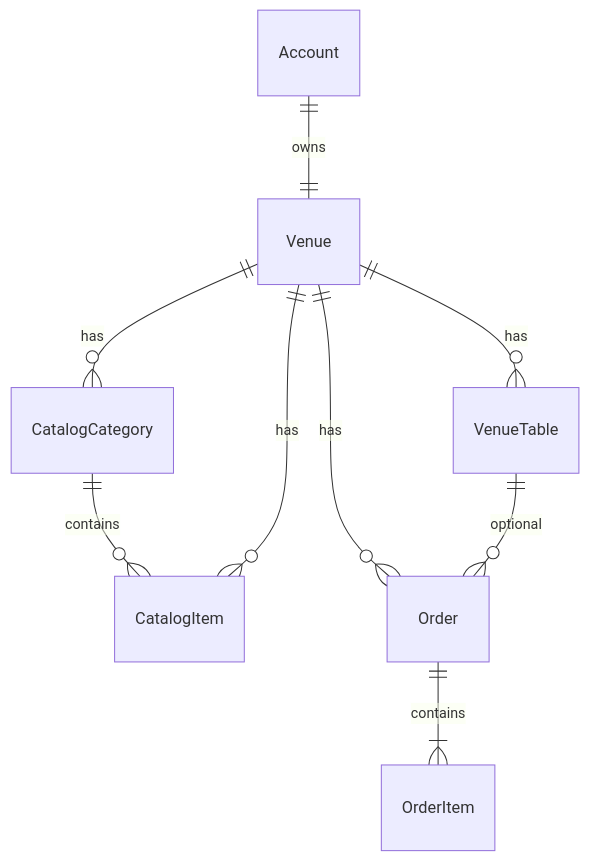
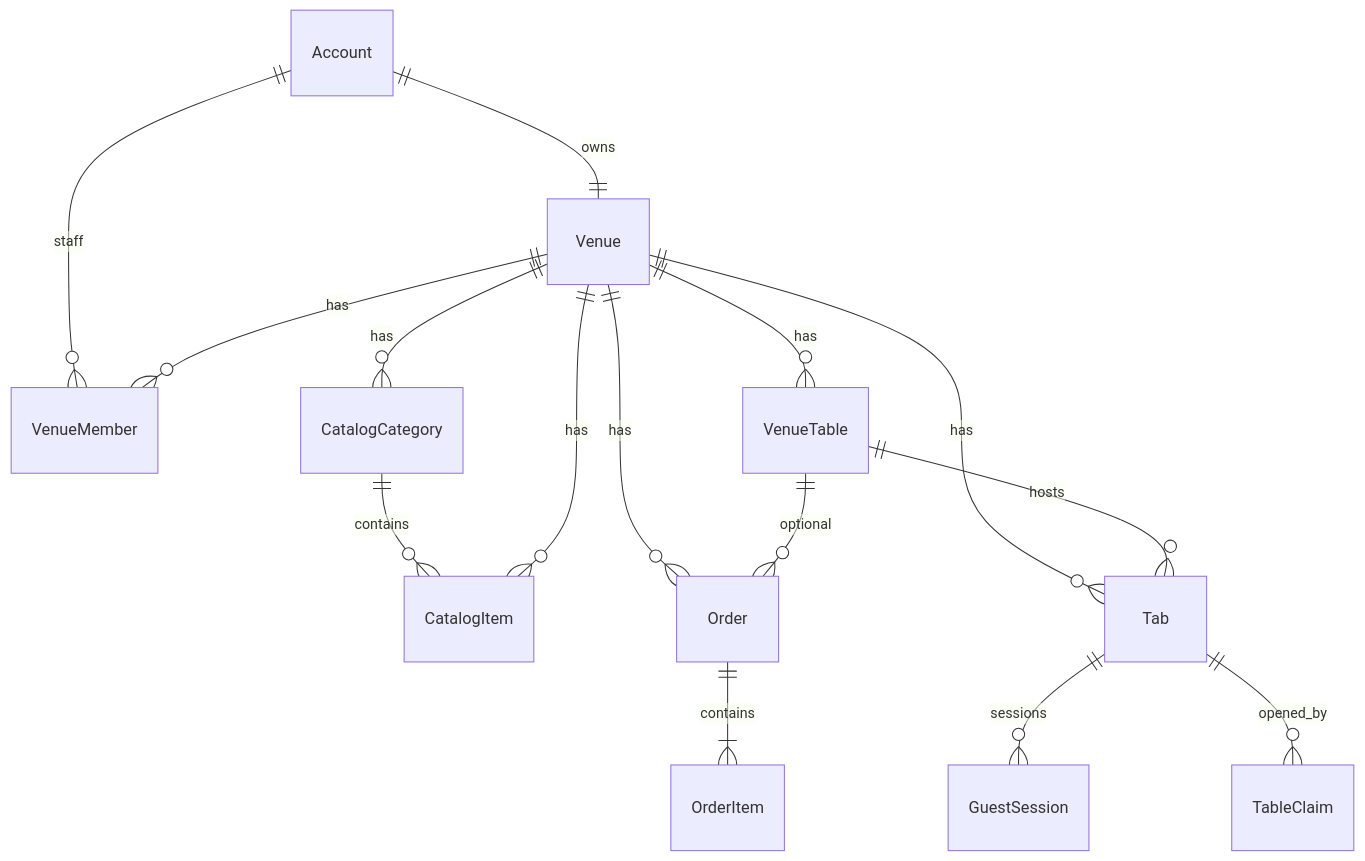
Before and after one commit to filiperamosds/eaimesa: the diagram in docs/data/schema.md, drawn with Mermaid. The commit also changed other lines of this file and 26 other files, not shown here.

````diff
--- a/docs/data/schema.md
+++ b/docs/data/schema.md
@@ -133,11 +134,17 @@
 ```mermaid
 erDiagram
   Account ||--|| Venue : owns
+  Account ||--o{ VenueMember : staff
+  Venue ||--o{ VenueMember : has
   Venue ||--o{ CatalogCategory : has
   CatalogCategory ||--o{ CatalogItem : contains
   Venue ||--o{ CatalogItem : has
   Venue ||--o{ VenueTable : has
   Venue ||--o{ Order : has
   VenueTable ||--o{ Order : optional
   Order ||--|{ OrderItem : contains
+  Venue ||--o{ Tab : has
+  VenueTable ||--o{ Tab : hosts
+  Tab ||--o{ GuestSession : sessions
+  Tab ||--o{ TableClaim : opened_by
 ```
````
